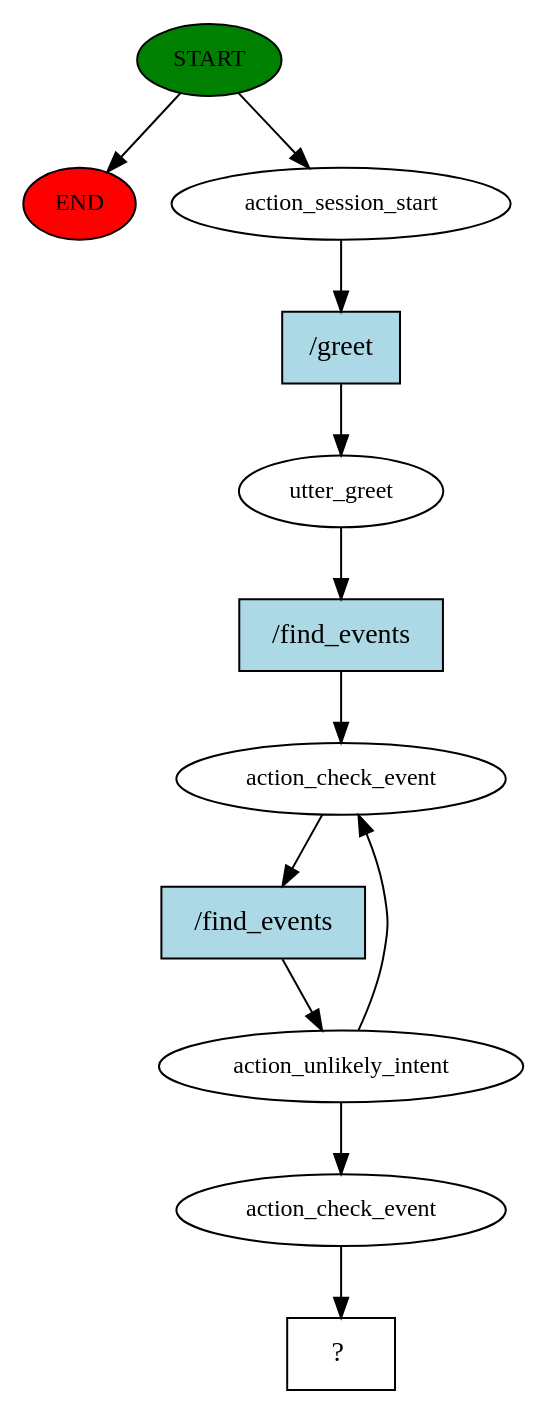
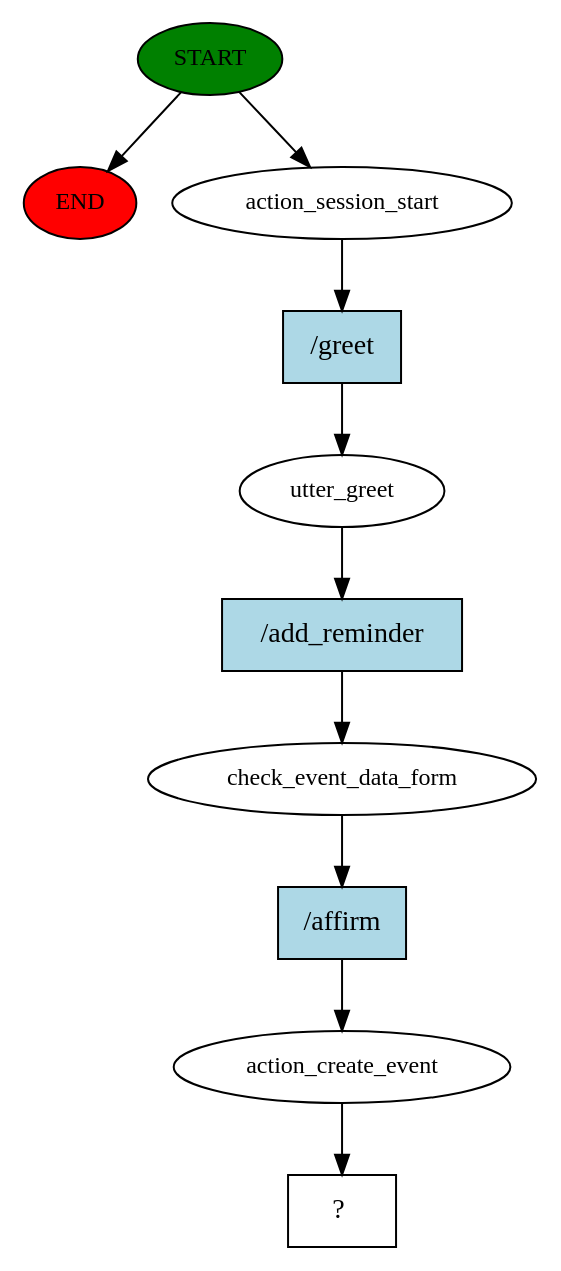
One commit to BernardoLeandro1/PI changed the diagram in rasa-assistant/story_graph.dot. Above: the diagram before and after it, drawn with Graphviz. The commit also changed 198 other files, not shown here.

```diff
--- a/rasa-assistant/story_graph.dot
+++ b/rasa-assistant/story_graph.dot
@@ -1,24 +1,21 @@
 digraph  {
 0 [class="start active", fillcolor=green, fontsize=12, label=START, style=filled];
 "-1" [class=end, fillcolor=red, fontsize=12, label=END, style=filled];
 1 [class=active, fontsize=12, label=action_session_start];
 2 [class=active, fontsize=12, label=utter_greet];
-3 [class=active, fontsize=12, label=action_check_event];
-4 [class=active, fontsize=12, label=action_unlikely_intent];
-7 [class=active, fontsize=12, label=action_check_event];
-8 [class="intent dashed active", label="  ?  ", shape=rect];
-9 [class="intent active", fillcolor=lightblue, label="/greet", shape=rect, style=filled];
-10 [class="intent active", fillcolor=lightblue, label="/find_events", shape=rect, style=filled];
-11 [class="intent active", fillcolor=lightblue, label="/find_events", shape=rect, style=filled];
+3 [class=active, fontsize=12, label=check_event_data_form];
+4 [class=active, fontsize=12, label=action_create_event];
+5 [class="intent dashed active", label="  ?  ", shape=rect];
+6 [class="intent active", fillcolor=lightblue, label="/greet", shape=rect, style=filled];
+7 [class="intent active", fillcolor=lightblue, label="/add_reminder", shape=rect, style=filled];
+8 [class="intent active", fillcolor=lightblue, label="/affirm", shape=rect, style=filled];
 0 -> "-1"  [class="", key=NONE, label=""];
 0 -> 1  [class=active, key=NONE, label=""];
-1 -> 9  [class=active, key=0];
-2 -> 10  [class=active, key=0];
-3 -> 11  [class=active, key=0];
-4 -> 3  [class=active, key=NONE, label=""];
-4 -> 7  [class=active, key=NONE, label=""];
-7 -> 8  [class=active, key=NONE, label=""];
-9 -> 2  [class=active, key=0];
-10 -> 3  [class=active, key=0];
-11 -> 4  [class=active, key=0];
+1 -> 6  [class=active, key=0];
+2 -> 7  [class=active, key=0];
+3 -> 8  [class=active, key=0];
+4 -> 5  [class=active, key=NONE, label=""];
+6 -> 2  [class=active, key=0];
+7 -> 3  [class=active, key=0];
+8 -> 4  [class=active, key=0];
 }
```
